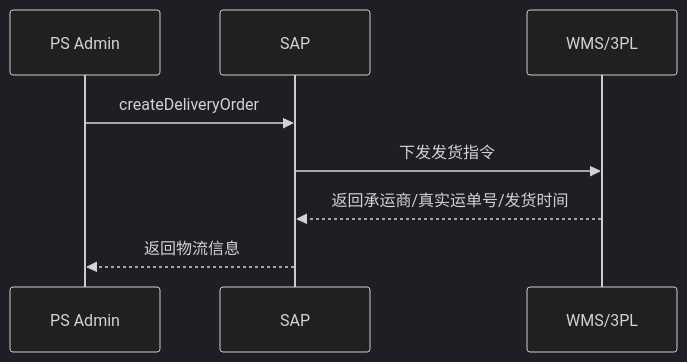
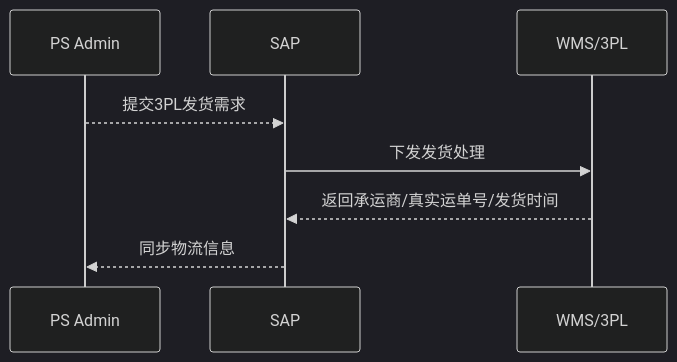
One commit to guguohai/gmps changed diagram 22 of 43 in 文档/GM系统需求说明.md. Above: the diagram before and after it, drawn with Mermaid (dark theme). The commit also changed other lines of this file and 31 other files, not shown here.

````diff
--- a/文档/GM系统需求说明.md
+++ b/文档/GM系统需求说明.md
@@ -944,11 +927,11 @@
 ```mermaid
 sequenceDiagram
     participant PS as PS Admin
     participant SAP as SAP
     participant WMS as WMS/3PL
 
-    PS->>SAP: createDeliveryOrder
-    SAP->>WMS: 下发发货指令
+    PS-->>SAP: 提交3PL发货需求
+    SAP->>WMS: 下发发货处理
     WMS-->>SAP: 返回承运商/真实运单号/发货时间
-    SAP-->>PS: 返回物流信息
+    SAP-->>PS: 同步物流信息
 ```
````
